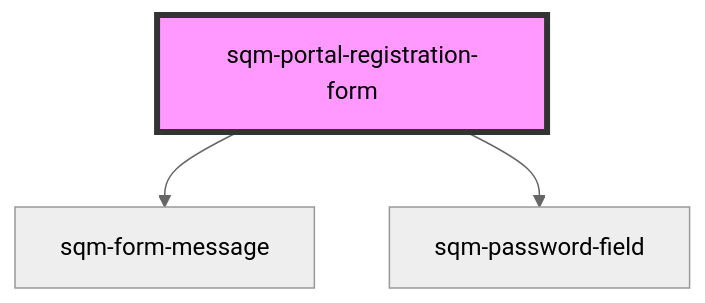
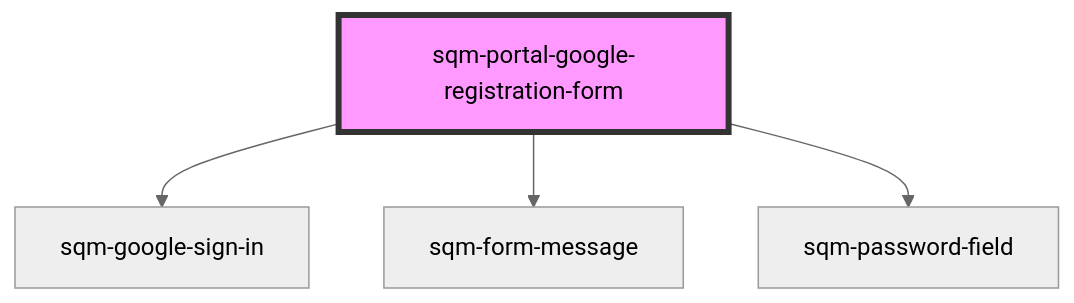
One commit to saasquatch/program-tools changed the diagram in packages/mint-components/src/components/sqm-portal-google-registration-form/readme.md. Above: the diagram before and after it, drawn with Mermaid (neutral theme). The commit also changed other lines of this file and 15 other files, not shown here.

Commit message:
reuse main registration form code for google sign in flow

````diff
--- a/packages/mint-components/src/components/sqm-portal-google-registration-form/readme.md
+++ b/packages/mint-components/src/components/sqm-portal-google-registration-form/readme.md
@@ -47,6 +49,7 @@
 ```mermaid
 graph TD;
-  sqm-portal-registration-form --> sqm-form-message
-  sqm-portal-registration-form --> sqm-password-field
-  style sqm-portal-registration-form fill:#f9f,stroke:#333,stroke-width:4px
+  sqm-portal-google-registration-form --> sqm-google-sign-in
+  sqm-portal-google-registration-form --> sqm-form-message
+  sqm-portal-google-registration-form --> sqm-password-field
+  style sqm-portal-google-registration-form fill:#f9f,stroke:#333,stroke-width:4px
 ```
````
